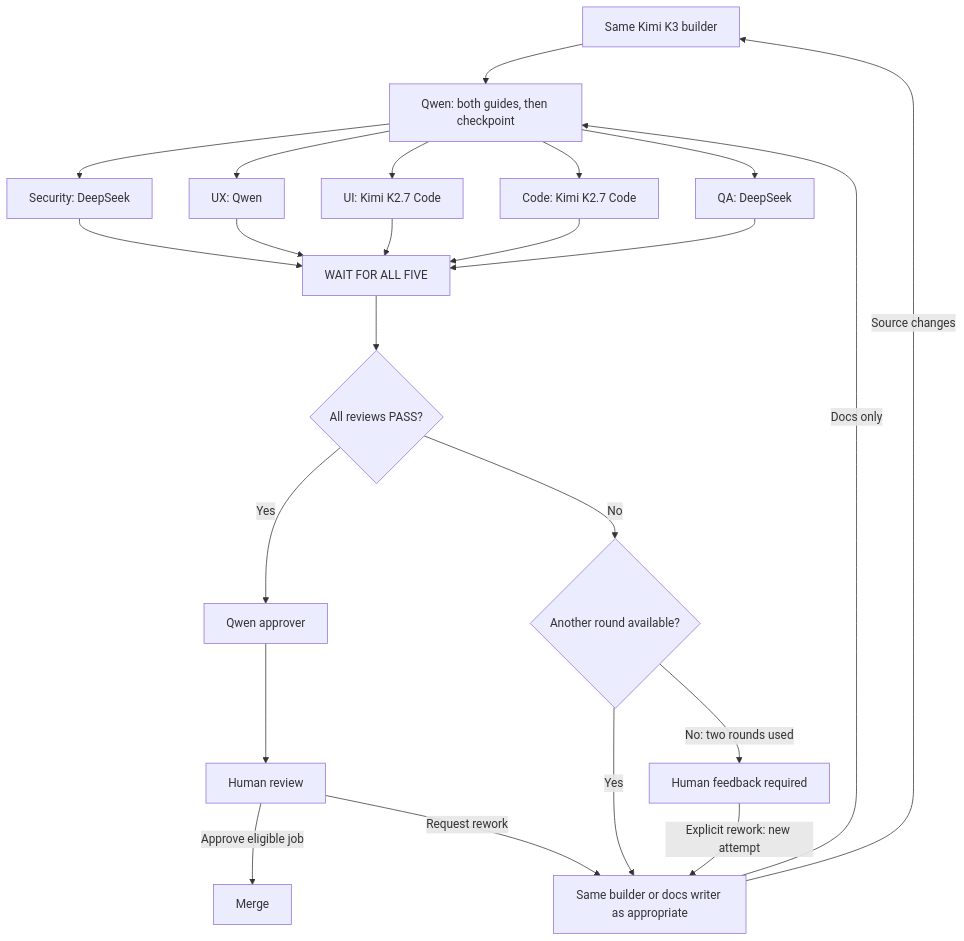
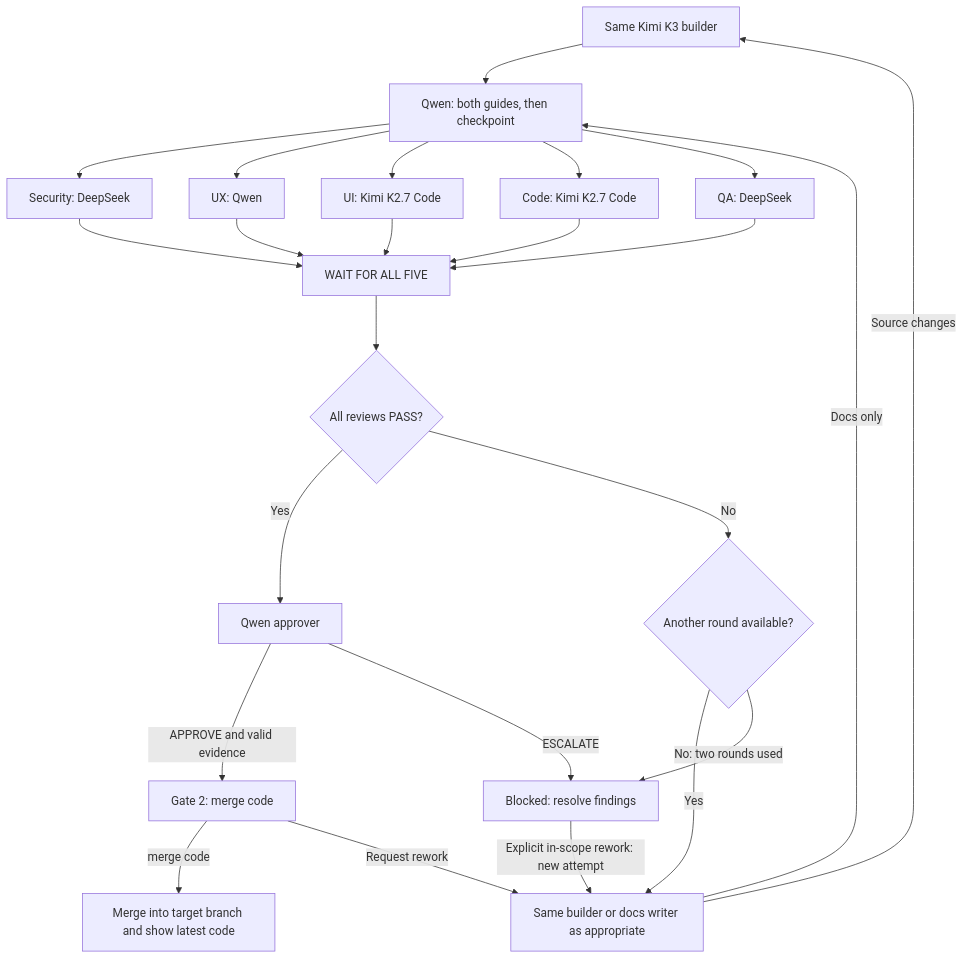
One commit to faiqfarooq/software-factory changed the second of 3 diagrams in low-cost/docs/GUIDE.md. Above: the diagram before and after it, drawn with Mermaid. The commit also changed other lines of this file and 14 other files, not shown here.

````diff
--- a/low-cost/docs/GUIDE.md
+++ b/low-cost/docs/GUIDE.md
@@ -84,30 +106,31 @@
 ```mermaid
 flowchart TD
     Builder["Same Kimi K3 builder"]
 
     Builder --> Docs["Qwen: both guides, then checkpoint"]
     Docs --> Security["Security: DeepSeek"]
     Docs --> UX["UX: Qwen"]
     Docs --> UI["UI: Kimi K2.7 Code"]
     Docs --> Code["Code: Kimi K2.7 Code"]
     Docs --> QA["QA: DeepSeek"]
 
     Security --> Wait["WAIT FOR ALL FIVE"]
     UX --> Wait
     UI --> Wait
     Code --> Wait
     QA --> Wait
 
     Wait --> Verdict{"All reviews PASS?"}
     Verdict -->|Yes| Approver["Qwen approver"]
-    Approver --> Human["Human review"]
-    Human -->|Approve eligible job| Merge["Merge"]
+    Approver -->|APPROVE and valid evidence| Human["Gate 2: merge code"]
+    Approver -->|ESCALATE| Feedback["Blocked: resolve findings"]
+    Human -->|merge code| Merge["Merge into target branch and show latest code"]
     Human -->|Request rework| Rework["Same builder or docs writer as appropriate"]
 
     Verdict -->|No| Budget{"Another round available?"}
     Budget -->|Yes| Rework
-    Budget -->|No: two rounds used| Feedback["Human feedback required"]
-    Feedback -->|Explicit rework: new attempt| Rework
+    Budget -->|No: two rounds used| Feedback
+    Feedback -->|Explicit in-scope rework: new attempt| Rework
     Rework -->|Source changes| Builder
     Rework -->|Docs only| Docs
 ```
````
